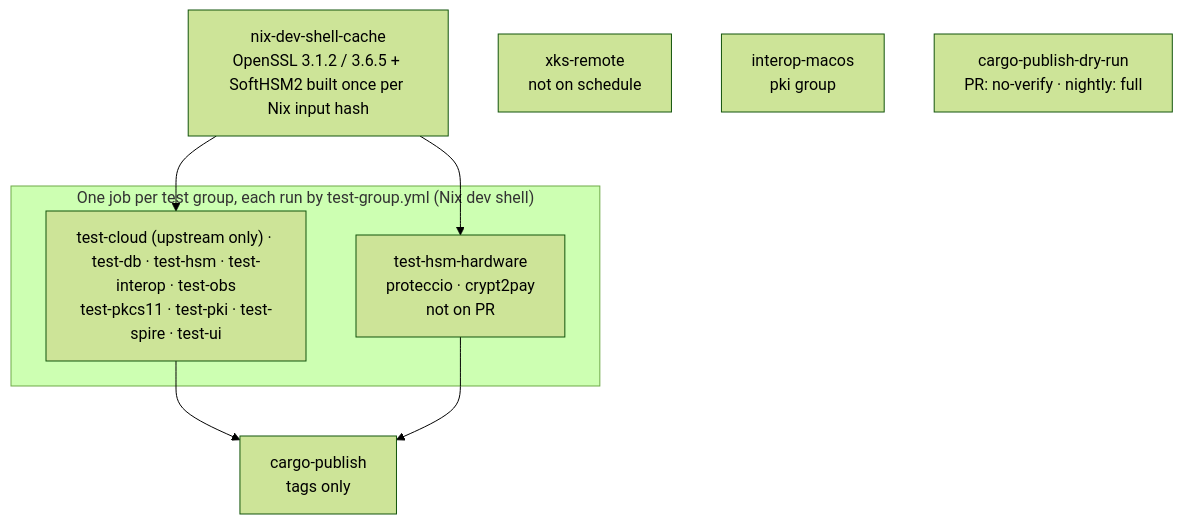
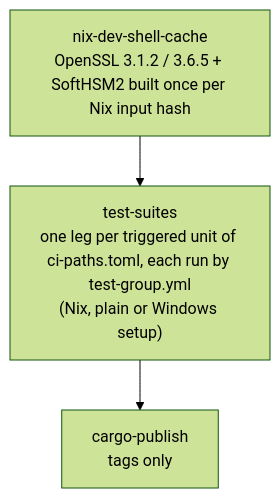
The third of 3 diagrams in .github/workflows/README_main.md (Cosmian/kms), drawn with Mermaid (forest theme) before and after one commit. The commit also changed other lines of this file and 53 other files, not shown here.

````diff
--- a/.github/workflows/README_main.md
+++ b/.github/workflows/README_main.md
@@ -59,14 +49,8 @@
 ```mermaid
 flowchart TB
     Cache["nix-dev-shell-cache<br/>OpenSSL 3.1.2 / 3.6.5 + SoftHSM2 built once per Nix input hash"]
-    subgraph NixJobs["One job per test group, each run by test-group.yml (Nix dev shell)"]
-        Groups["test-cloud (upstream only) · test-db · test-hsm · test-interop · test-obs<br/>test-pkcs11 · test-pki · test-spire · test-ui"]
-        Hsm["test-hsm-hardware<br/>proteccio · crypt2pay<br/>not on PR"]
-    end
-    Cache --> Groups & Hsm
-    Xks["xks-remote<br/>not on schedule"]
-    Mac["interop-macos<br/>pki group"]
-    DryRun["cargo-publish-dry-run<br/>PR: no-verify · nightly: full"]
+    Suites["test-suites<br/>one leg per triggered unit of ci-paths.toml, each run by test-group.yml<br/>(Nix, plain or Windows setup)"]
     Publish["cargo-publish<br/>tags only"]
-    Groups & Hsm --> Publish
+    Cache --> Suites
+    Suites --> Publish
 ```
````
